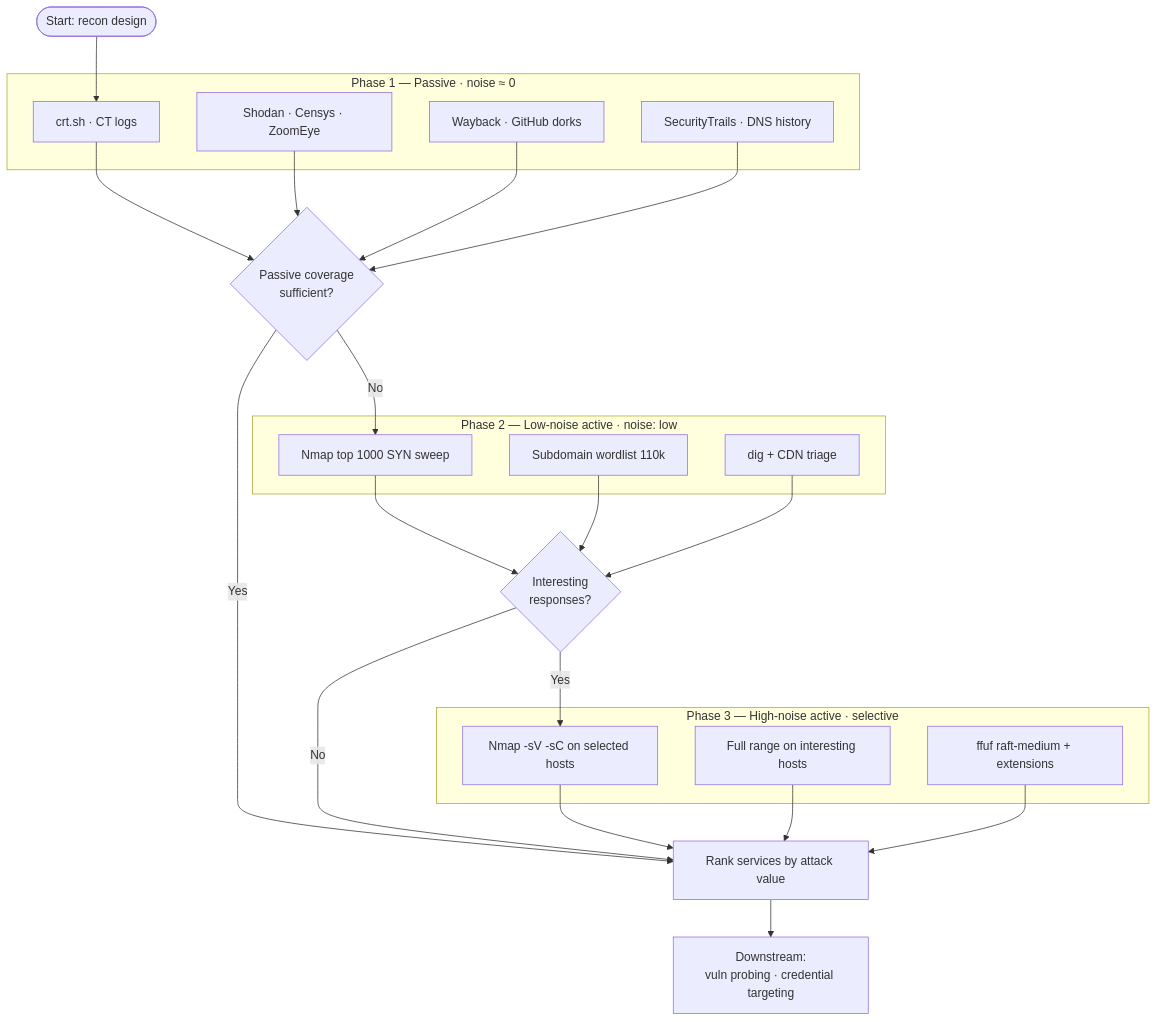
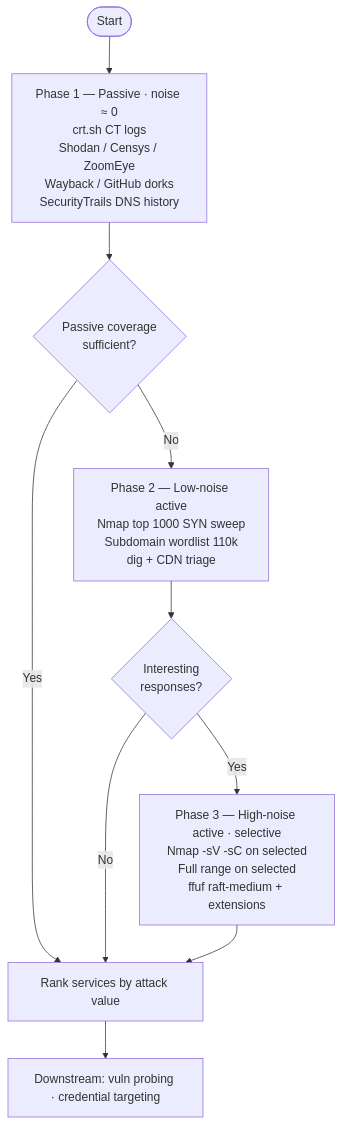
Before and after one commit to d0me-d0me/d0me-d0me.github.io: the diagram in _posts/2026-07-16-reconnaissance-time-budget.md, drawn with Mermaid. The commit also changed other lines of this file and 2 other files, not shown here.

Commit message:
post: reconnaissance time budget

````diff
--- a/_posts/2026-07-16-reconnaissance-time-budget.md
+++ b/_posts/2026-07-16-reconnaissance-time-budget.md
@@ -87,43 +87,21 @@
 ```mermaid
 flowchart TD
-    Start([Start: recon design]) --> P1
+    Start([Start])
+    Passive["Phase 1 — Passive · noise ≈ 0<br/>crt.sh CT logs<br/>Shodan / Censys / ZoomEye<br/>Wayback / GitHub dorks<br/>SecurityTrails DNS history"]
+    D1{"Passive coverage<br/>sufficient?"}
+    Low["Phase 2 — Low-noise active<br/>Nmap top 1000 SYN sweep<br/>Subdomain wordlist 110k<br/>dig + CDN triage"]
+    D2{"Interesting<br/>responses?"}
+    High["Phase 3 — High-noise active · selective<br/>Nmap -sV -sC on selected<br/>Full range on selected<br/>ffuf raft-medium + extensions"]
+    Rank[Rank services by attack value]
+    Down["Downstream: vuln probing · credential targeting"]
 
-    subgraph passive["Phase 1 — Passive · noise ≈ 0"]
-        P1[crt.sh · CT logs]
-        P2[Shodan · Censys · ZoomEye]
-        P3[Wayback · GitHub dorks]
-        P4[SecurityTrails · DNS history]
-    end
-
-    P1 --> D1
-    P2 --> D1
-    P3 --> D1
-    P4 --> D1
-    D1{Passive coverage<br/>sufficient?}
+    Start --> Passive
+    Passive --> D1
     D1 -->|Yes| Rank
-    D1 -->|No| L1
-
-    subgraph lownoise["Phase 2 — Low-noise active · noise: low"]
-        L1[Nmap top 1000 SYN sweep]
-        L2[Subdomain wordlist 110k]
-        L3[dig + CDN triage]
-    end
-
-    L1 --> D2
-    L2 --> D2
-    L3 --> D2
-    D2{Interesting<br/>responses?}
-    D2 -->|Yes| H1
+    D1 -->|No| Low
+    Low --> D2
+    D2 -->|Yes| High
     D2 -->|No| Rank
-
-    subgraph highnoise["Phase 3 — High-noise active · selective"]
-        H1[Nmap -sV -sC on selected hosts]
-        H2[Full range on interesting hosts]
-        H3[ffuf raft-medium + extensions]
-    end
-
-    H1 --> Rank
-    H2 --> Rank
-    H3 --> Rank
-    Rank[Rank services by attack value] --> Down[Downstream:<br/>vuln probing · credential targeting]
+    High --> Rank
+    Rank --> Down
 ```
````
